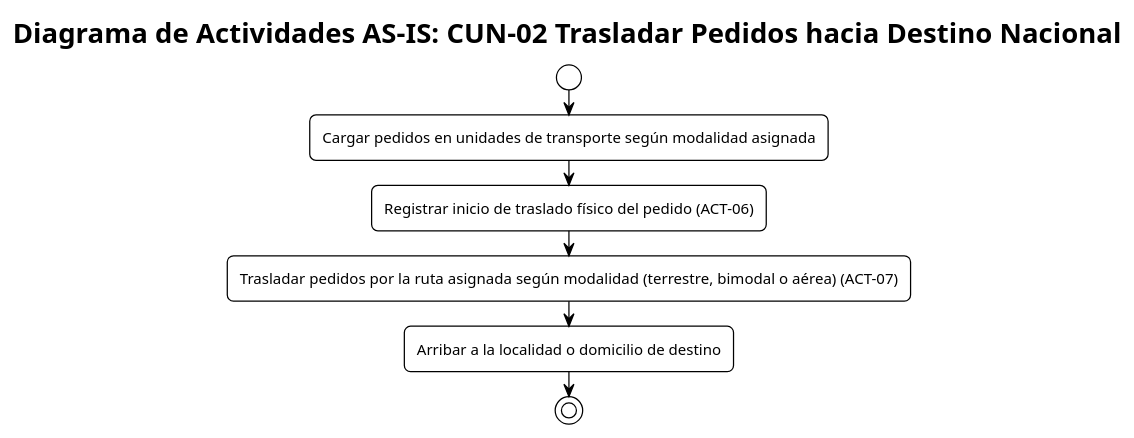
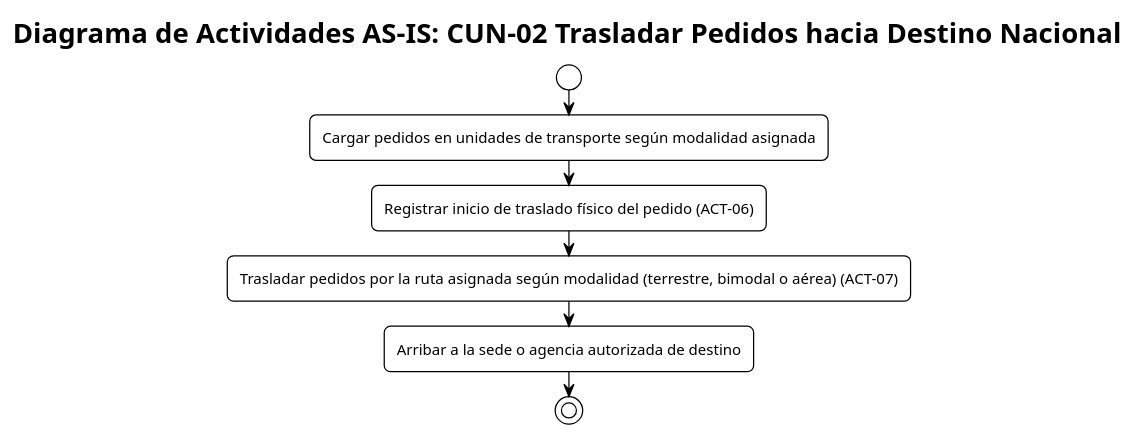
The diagram in arq-emp AS-IS/Diagrama de Actividades/CUN_02_Trasladar.puml (SaraviaH/arq-emp), drawn with PlantUML before and after one commit. The commit also changed 36 other files, not shown here.

```diff
--- a/arq-emp AS-IS/Diagrama de Actividades/CUN_02_Trasladar.puml
+++ b/arq-emp AS-IS/Diagrama de Actividades/CUN_02_Trasladar.puml
@@ -1,18 +1,18 @@
 @startuml CUN_02_Trasladar
 !theme plain
 skinparam shadowing false
 skinparam roundcorner 10
 skinparam defaultFontName "Arial"
 skinparam defaultFontSize 12
 
 title Diagrama de Actividades AS-IS: CUN-02 Trasladar Pedidos hacia Destino Nacional
 
 |Socio Logístico / Transportista|
 start
 :Cargar pedidos en unidades de transporte según modalidad asignada;
 :Registrar inicio de traslado físico del pedido (ACT-06);
 :Trasladar pedidos por la ruta asignada según modalidad (terrestre, bimodal o aérea) (ACT-07);
-:Arribar a la localidad o domicilio de destino;
+:Arribar a la sede o agencia autorizada de destino;
 stop
 
 @enduml
```
